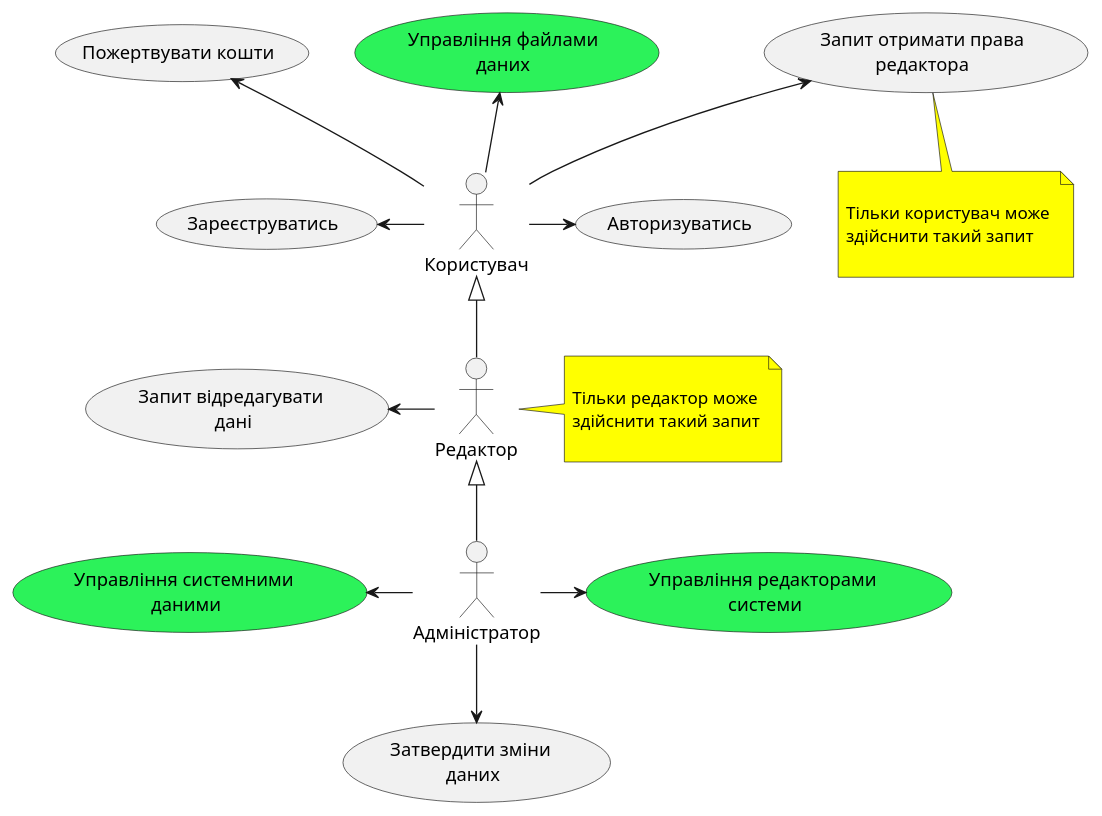
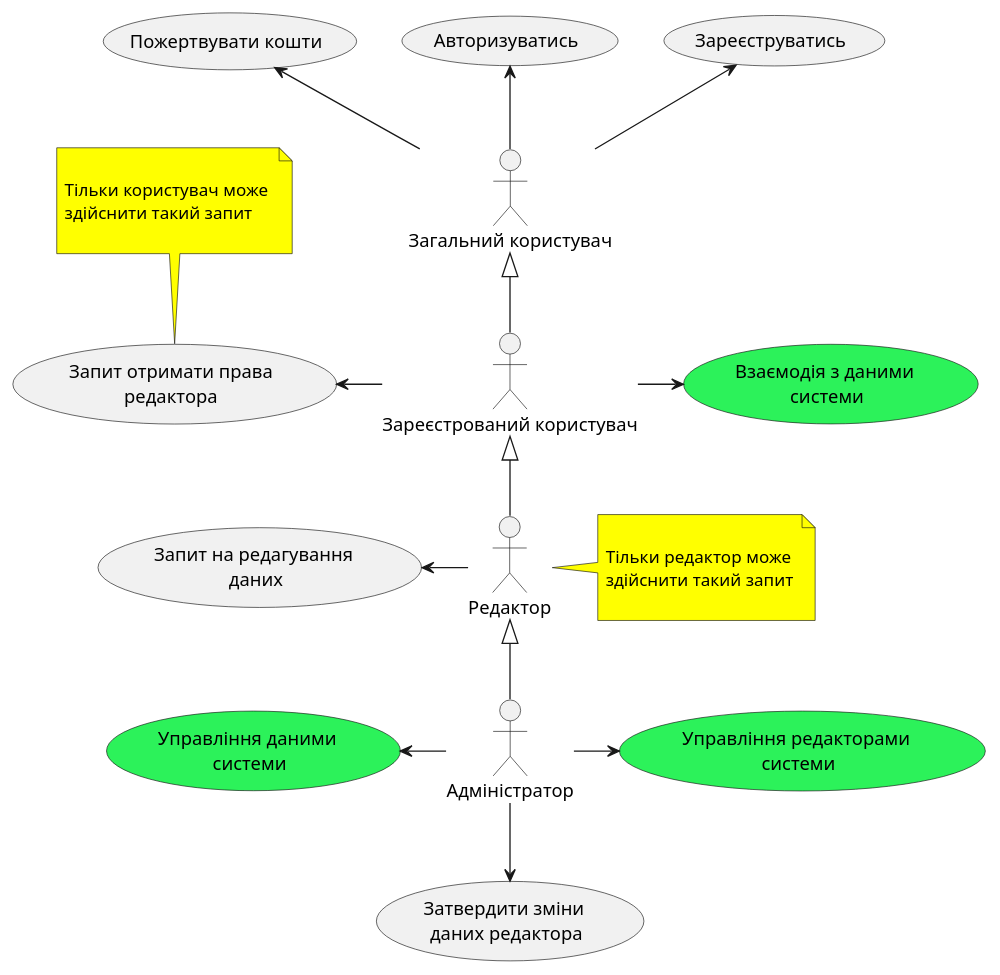
One commit to boldak/edu-db-cw changed the first of 10 diagrams in docs/use cases/README.md. Above: the diagram before and after it, drawn with PlantUML. The commit also changed other lines of this file, not shown here.

Commit message:
Зроблені uml-схеми для кожної ролі

```diff
--- a/docs/use cases/README.md
+++ b/docs/use cases/README.md
@@ -12,45 +12,49 @@
 @startuml
 
-actor "Користувач" as User
+actor "Загальний користувач" as GeneralUser
+actor "Зареєстрований користувач" as AuthUser
 actor "Редактор" as Editor
 actor "Адміністратор" as Admin
 
-usecase "Зареєструватись" as UC_1
-usecase "Авторизуватись" as UC_2
-usecase "Управління файлами\nданих" as UC_3 #2cf25a
-usecase "Запит отримати права\nредактора" as UC_4
-usecase "Пожертвувати кошти" as UC_5
-usecase "Запит відредагувати \nдані" as UC_6
-usecase "Управління системними \nданими" as UC_7 #2cf25a
-usecase "Управління редакторами \nсистеми" as UC_8 #2cf25a
-usecase "Затвердити зміни \nданих" as UC_9
+usecase "Зареєструватись" as UserReg
+usecase "Авторизуватись" as UserAuth
+usecase "Взаємодія з даними \nсистеми" as DataInteract #2cf25a
+usecase "Запит отримати права\nредактора" as ReqEditRights
+usecase "Пожертвувати кошти" as Donate
+usecase "Запит на редагування \nданих" as ReqEditData
+usecase "Управління даними \nсистеми" as MngData #2cf25a
+usecase "Управління редакторами \nсистеми" as MngEditors #2cf25a
+usecase "Затвердити зміни \nданих редактора" as ApproveChanges
 
-User -l-> UC_1
-User -r-> UC_2
-User -u-> UC_4
-User -u-> UC_3
-User -u-> UC_5
+GeneralUser -u-> UserReg
+GeneralUser -u-> UserAuth
+GeneralUser -u-> Donate
 
-note bottom of UC_4 #yellow
+AuthUser -u-|> GeneralUser
+
+AuthUser -l-> ReqEditRights
+AuthUser -r-> DataInteract
+
+note top of ReqEditRights #yellow
 
         Тільки користувач може 
         здійснити такий запит
 
     end note
 
-Editor -u-|> User
-Editor -l-> UC_6
+Editor -u-|> AuthUser
+Editor -l-> ReqEditData
 
 note right of Editor #yellow
     
         Тільки редактор може 
         здійснити такий запит
 
     end note
 
 Admin -u-|> Editor
-Admin -l-> UC_7
-Admin -r-> UC_8
-Admin --> UC_9
+Admin -l-> MngData
+Admin -r-> MngEditors
+Admin --> ApproveChanges
 
 @enduml
```
